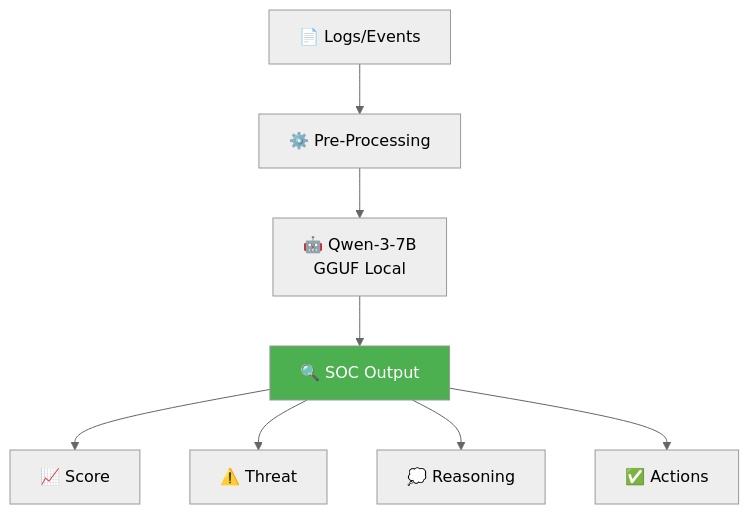
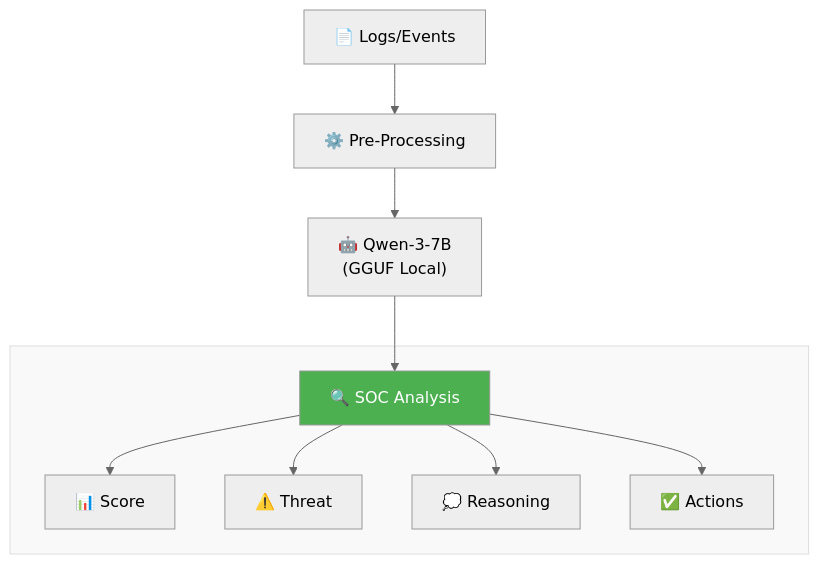
The diagram in Readme.md (bitcodeAShishcloud/BlueSOC-AI), drawn with Mermaid (neutral theme) before and after one commit. The commit also changed other lines of this file, not shown here.

````diff
--- a/Readme.md
+++ b/Readme.md
@@ -54,12 +53,16 @@
 ```mermaid
 flowchart TD
-    A[📄 Logs/Events] --> B[⚙️ Pre-Processing]
-    B --> C[🤖 Qwen-3-7B<br/>GGUF Local]
-    C --> D[🔍 SOC Output]
-    D --> E1[📈 Score]
-    D --> E2[⚠️ Threat]
-    D --> E3[💭 Reasoning]
-    D --> E4[✅ Actions]
+    A["📄 Logs/Events"] --> B["⚙️ Pre-Processing"]
+    B --> C["🤖 Qwen-3-7B<br/>(GGUF Local)"]
+    C --> D["🔍 SOC Analysis"]
     
-    style D fill:#4CAF50,color:white
+    subgraph Outputs[" "]
+        D --> E1["📊 Score"]
+        D --> E2["⚠️ Threat"]
+        D --> E3["💭 Reasoning"]
+        D --> E4["✅ Actions"]
+    end
+    
+    style D fill:#4CAF50,color:#fff
+    style Outputs fill:#f9f9f9,stroke:#ddd
 ```
````
